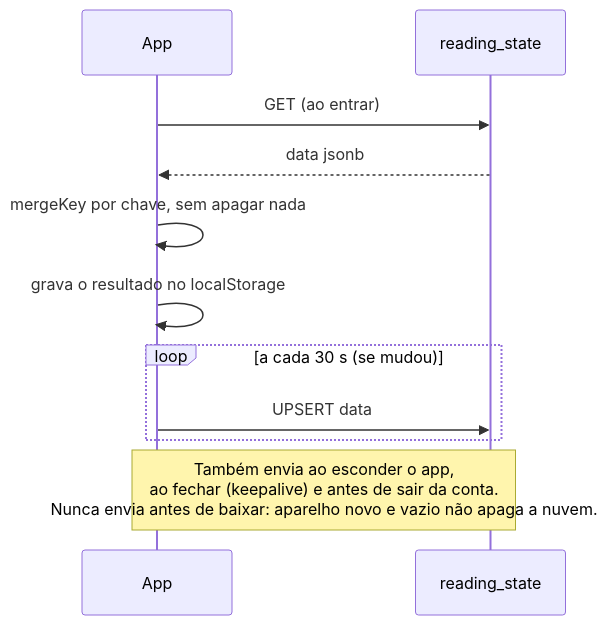
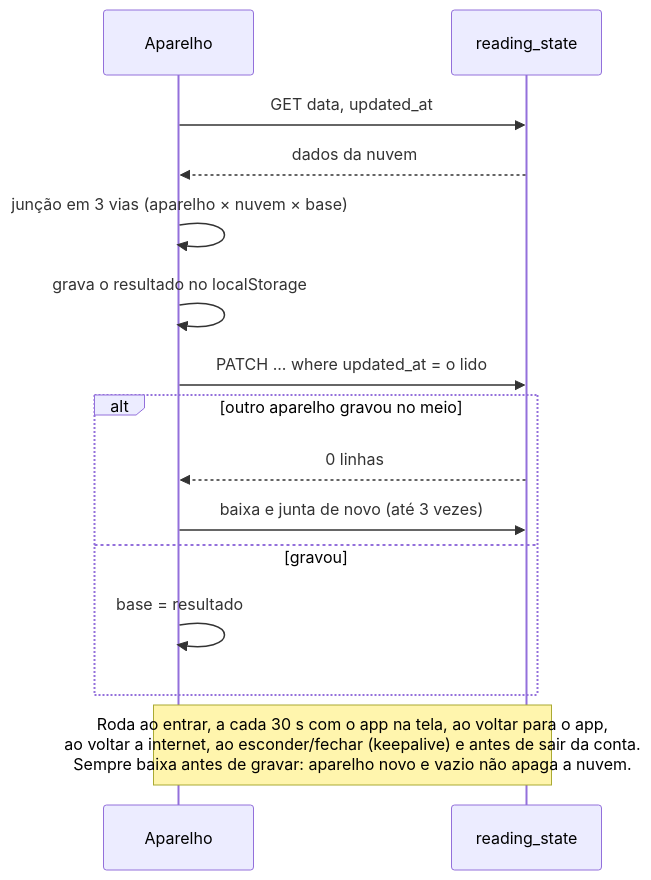
The tenth of 14 diagrams in docs/ARQUITETURA.md (axyonsoftwarehouse/story-verse-web), drawn with Mermaid before and after one commit. The commit also changed other lines of this file and 8 other files, not shown here.

First line of the commit message:
feat(sync): mesma conta e mesmos dados na Web e no app

````diff
--- a/docs/ARQUITETURA.md
+++ b/docs/ARQUITETURA.md
@@ -305,15 +307,18 @@
 ```mermaid
 sequenceDiagram
-  participant A as App
+  participant A as Aparelho
   participant DB as reading_state
 
-  A->>DB: GET (ao entrar)
-  DB-->>A: data jsonb
-  A->>A: mergeKey por chave, sem apagar nada
+  A->>DB: GET data, updated_at
+  DB-->>A: dados da nuvem
+  A->>A: junção em 3 vias (aparelho × nuvem × base)
   A->>A: grava o resultado no localStorage
-
-  loop a cada 30 s (se mudou)
-    A->>DB: UPSERT data
+  A->>DB: PATCH ... where updated_at = o lido
+  alt outro aparelho gravou no meio
+    DB-->>A: 0 linhas
+    A->>DB: baixa e junta de novo (até 3 vezes)
+  else gravou
+    A->>A: base = resultado
   end
-  Note over A,DB: Também envia ao esconder o app,<br/>ao fechar (keepalive) e antes de sair da conta.<br/>Nunca envia antes de baixar: aparelho novo e vazio não apaga a nuvem.
+  Note over A,DB: Roda ao entrar, a cada 30 s com o app na tela, ao voltar para o app,<br/>ao voltar a internet, ao esconder/fechar (keepalive) e antes de sair da conta.<br/>Sempre baixa antes de gravar: aparelho novo e vazio não apaga a nuvem.
 ```
````
